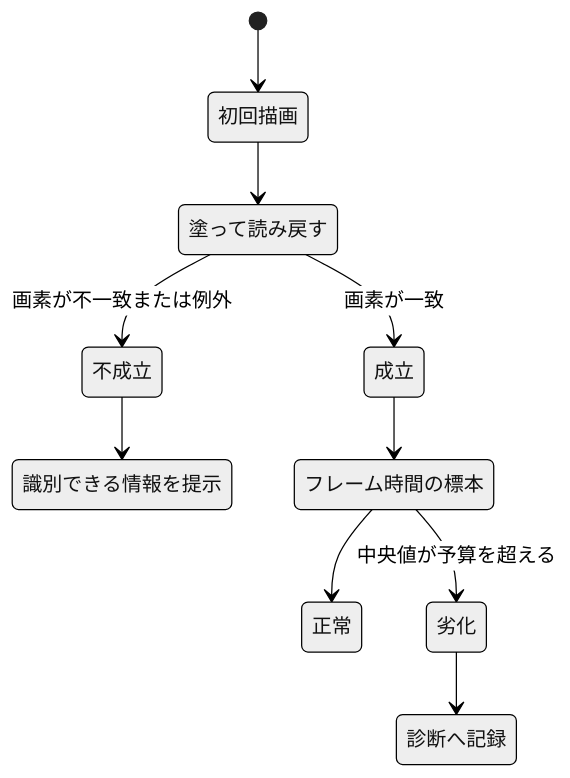
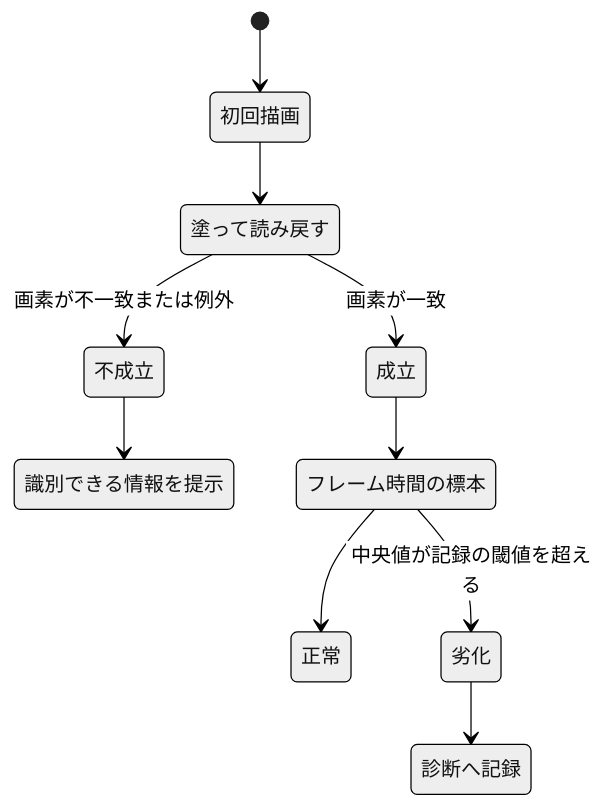
Before and after one commit to HDYS-TTBYS/jxcel: the fourth of 4 diagrams in .kiro/specs/data-grid/design.md, drawn with Mermaid (neutral theme). The commit also changed other lines of this file and 10 other files, not shown here.

````diff
--- a/.kiro/specs/data-grid/design.md
+++ b/.kiro/specs/data-grid/design.md
@@ -304,12 +306,12 @@
 ```mermaid
 stateDiagram-v2
     [*] --> 初回描画
     初回描画 --> 塗って読み戻す
     塗って読み戻す --> 成立: 画素が一致
     塗って読み戻す --> 不成立: 画素が不一致または例外
     不成立 --> 識別できる情報を提示
     成立 --> フレーム時間の標本
     フレーム時間の標本 --> 正常
-    フレーム時間の標本 --> 劣化: 中央値が予算を超える
+    フレーム時間の標本 --> 劣化: 中央値が記録の閾値を超える
     劣化 --> 診断へ記録
 ```
````
